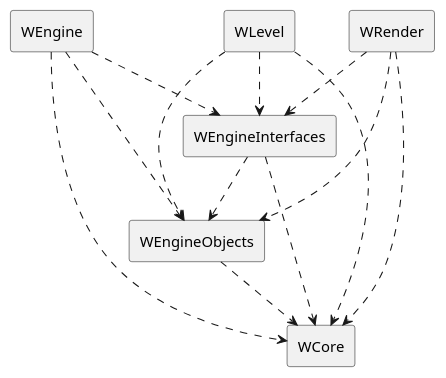
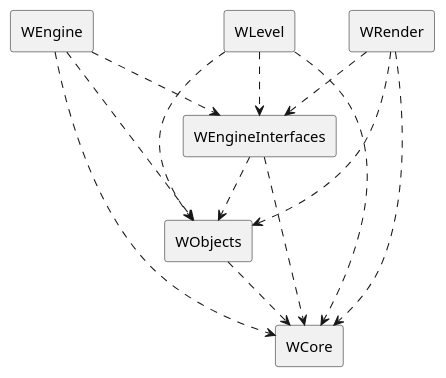
One commit to Jap3dWorks/WEng changed the diagram in org/WEng.org. Above: the diagram before and after it, drawn with PlantUML. The commit also changed other lines of this file and 87 other files, not shown here.

Commit message:
RENAMAE WEngineObjects -> WObjects

```diff
--- a/org/WEng.org
+++ b/org/WEng.org
@@ -16,29 +16,29 @@
 #+BEGIN_SRC plantuml :file images/modules_dependencies_1.png
 @startuml
 
 Rectangle WEngine
 Rectangle WEngineInterfaces
-Rectangle WEngineObjects
+Rectangle WObjects
 Rectangle WCore
 Rectangle WLevel
 Rectangle WRender
 
-WEngineInterfaces -[dashed]-> WEngineObjects
+WEngineInterfaces -[dashed]-> WObjects
 WEngineInterfaces -[dashed]-> WCore
 
-WEngineObjects -[dashed]-> WCore
+WObjects -[dashed]-> WCore
 
-WEngine -[dashed]-> WEngineObjects
+WEngine -[dashed]-> WObjects
 WEngine -[dashed]-> WEngineInterfaces
 WEngine -[dashed]-> WCore
 
 WLevel -[dashed]-> WEngineInterfaces
-WLevel -[dashed]-> WEngineObjects
+WLevel -[dashed]-> WObjects
 WLevel -[dashed]-> WCore
 
 WRender -[dashed]-> WEngineInterfaces
-WRender -[dashed]-> WEngineObjects
+WRender -[dashed]-> WObjects
 WRender -[dashed]-> WCore
 
 @enduml
 #+END_SRC
```
